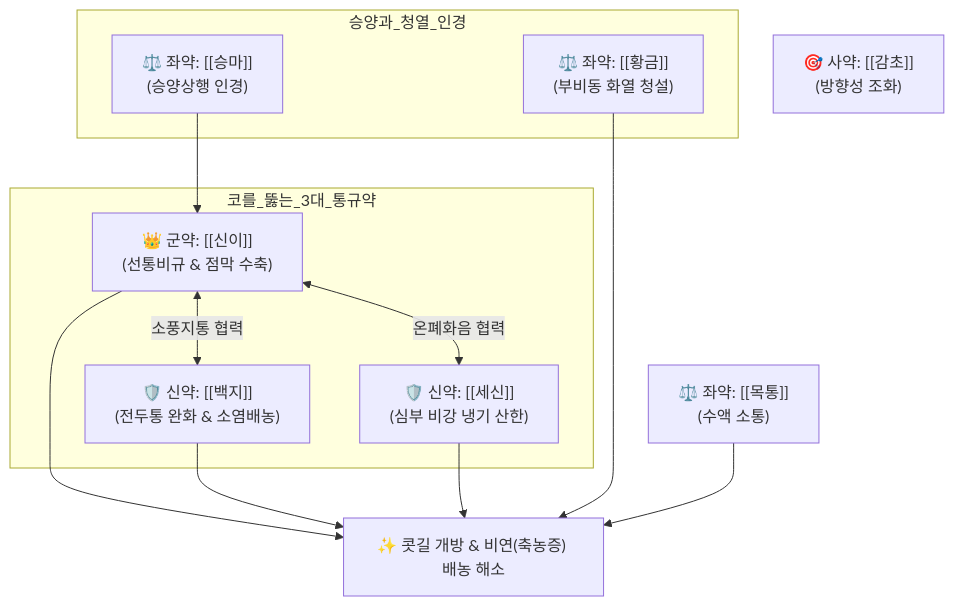
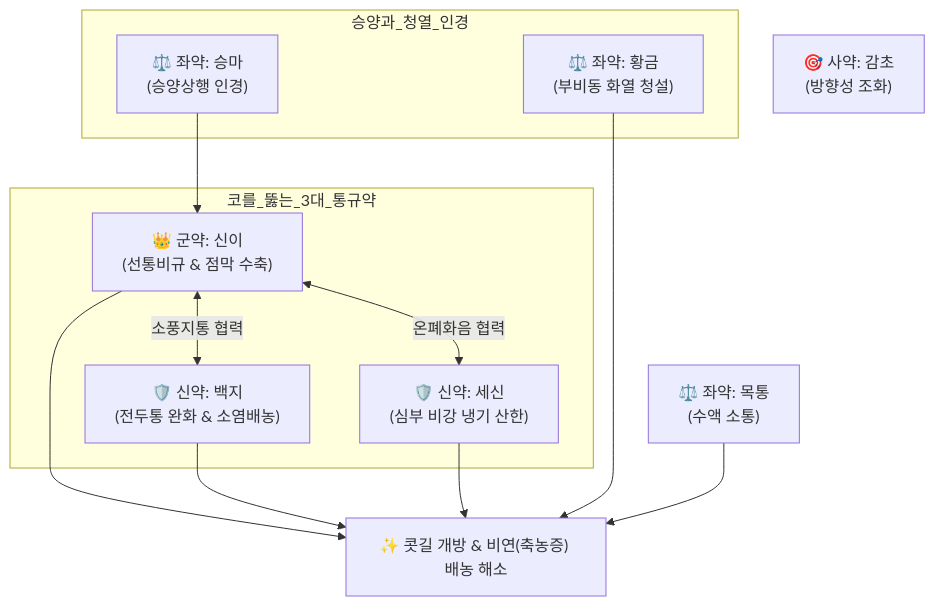
Before and after one commit to simbio11/simbio-digital-garden2: the diagram in content/2. 약리 공부/처방/01_해표제/신이산.md, drawn with Mermaid. The commit also changed other lines of this file and 323 other files, not shown here.

````diff
--- a/content/2. 약리 공부/처방/01_해표제/신이산.md
+++ b/content/2. 약리 공부/처방/01_해표제/신이산.md
@@ -49,17 +52,17 @@
 ```mermaid
 graph TD
     subgraph 코를_뚫는_3대_통규약
-        SI["👑 군약: [[신이]]<br>(선통비규 & 점막 수축)"] <-->|소풍지통 협력| BJ["🛡️ 신약: [[백지]]<br>(전두통 완화 & 소염배농)"]
-        SI <-->|온폐화음 협력| SS["🛡️ 신약: [[세신]]<br>(심부 비강 냉기 산한)"]
+        SI["👑 군약: 신이<br>(선통비규 & 점막 수축)"] <-->|소풍지통 협력| BJ["🛡️ 신약: 백지<br>(전두통 완화 & 소염배농)"]
+        SI <-->|온폐화음 협력| SS["🛡️ 신약: 세신<br>(심부 비강 냉기 산한)"]
     end
     subgraph 승양과_청열_인경
-        SM["⚖️ 좌약: [[승마]]<br>(승양상행 인경)"] --> SI
-        SK["⚖️ 좌약: [[황금]]<br>(부비동 화열 청설)"]
+        SM["⚖️ 좌약: 승마<br>(승양상행 인경)"] --> SI
+        SK["⚖️ 좌약: 황금<br>(부비동 화열 청설)"]
     end
     SI --> Clear["✨ 콧길 개방 & 비연(축농증) 배농 해소"]
     BJ --> Clear
     SS --> Clear
     SK --> Clear
-    MT["⚖️ 좌약: [[목통]]<br>(수액 소통)"] --> Clear
-    GC["🎯 사약: [[감초]]<br>(방향성 조화)"]
+    MT["⚖️ 좌약: 목통<br>(수액 소통)"] --> Clear
+    GC["🎯 사약: 감초<br>(방향성 조화)"]
 ```
````
